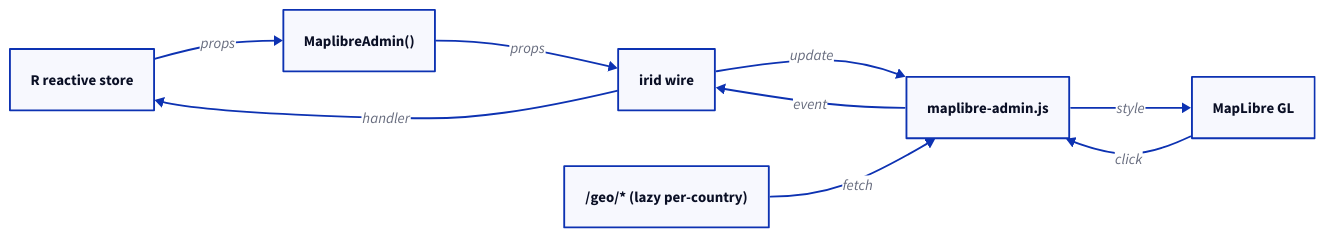
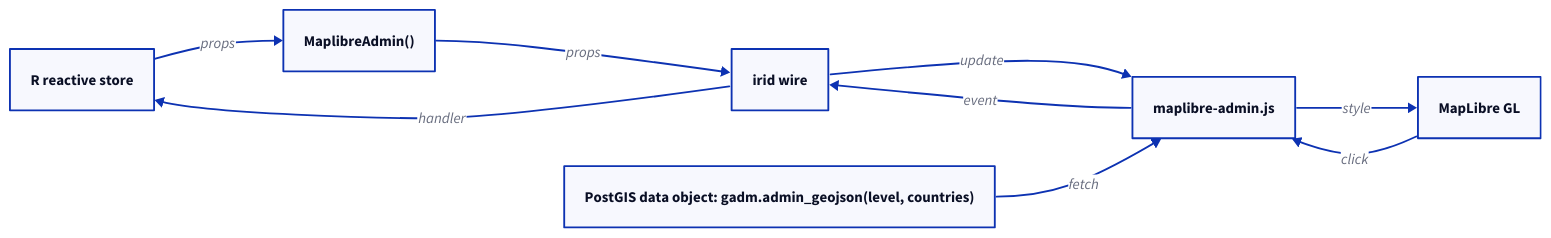
Before and after one commit to rmvegasm/irid_example: the diagram in docs/maplibre-widget.d2, drawn with D2. The commit also changed 24 other files, not shown here.

```diff
--- a/docs/maplibre-widget.d2
+++ b/docs/maplibre-widget.d2
@@ -1,17 +1,17 @@
 direction: right
 
 rstore: R reactive store
 rwrapper: MaplibreAdmin()
 wire: irid wire
 factory: maplibre-admin.js
 map: MapLibre GL
-assets: "/geo/* (lazy per-country)"
+assets: "PostGIS data object: gadm.admin_geojson(level, countries)"
 
 rstore -> rwrapper: props
 rwrapper -> wire: props
 wire -> factory: update
 factory -> map: style
 map -> factory: click
 factory -> wire: event
 wire -> rstore: handler
 assets -> factory: fetch
```
